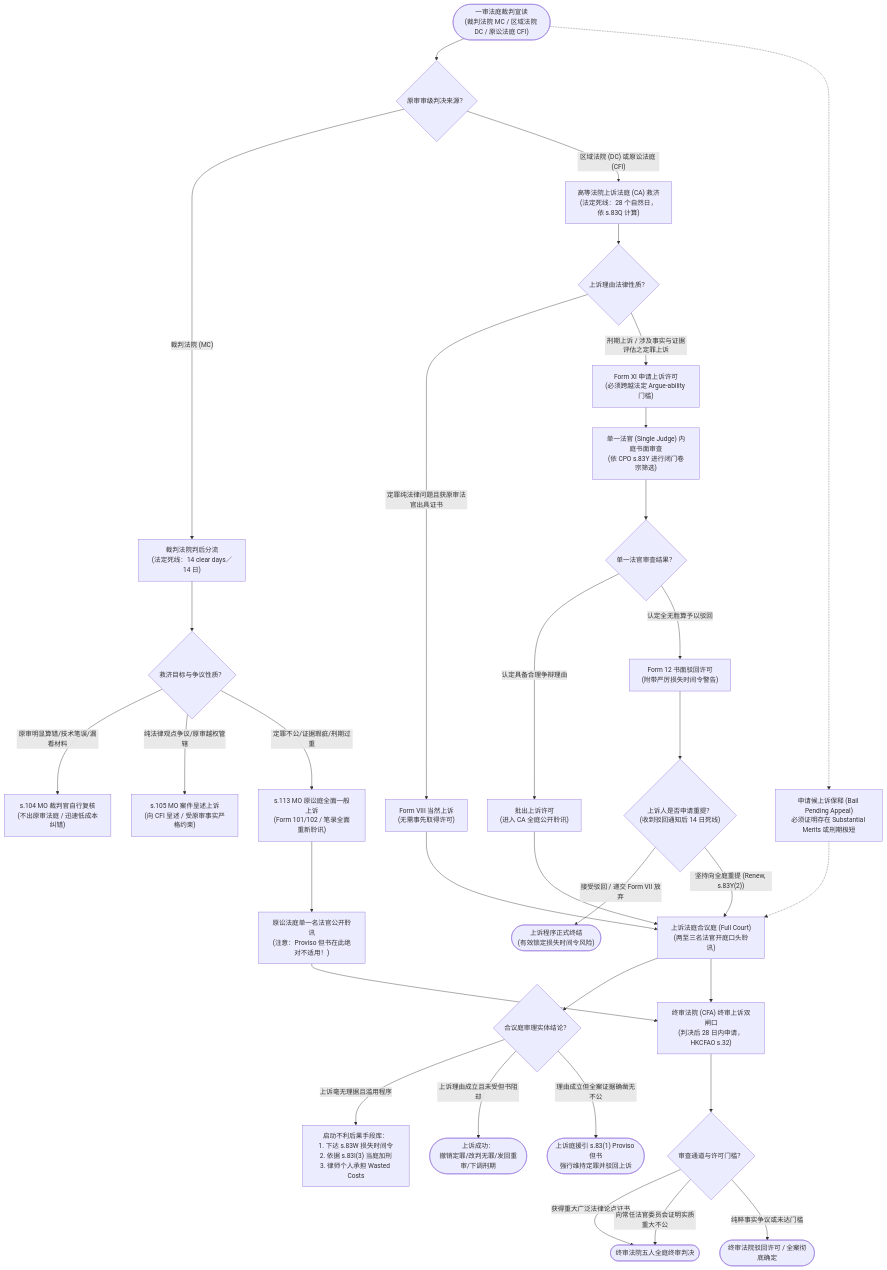
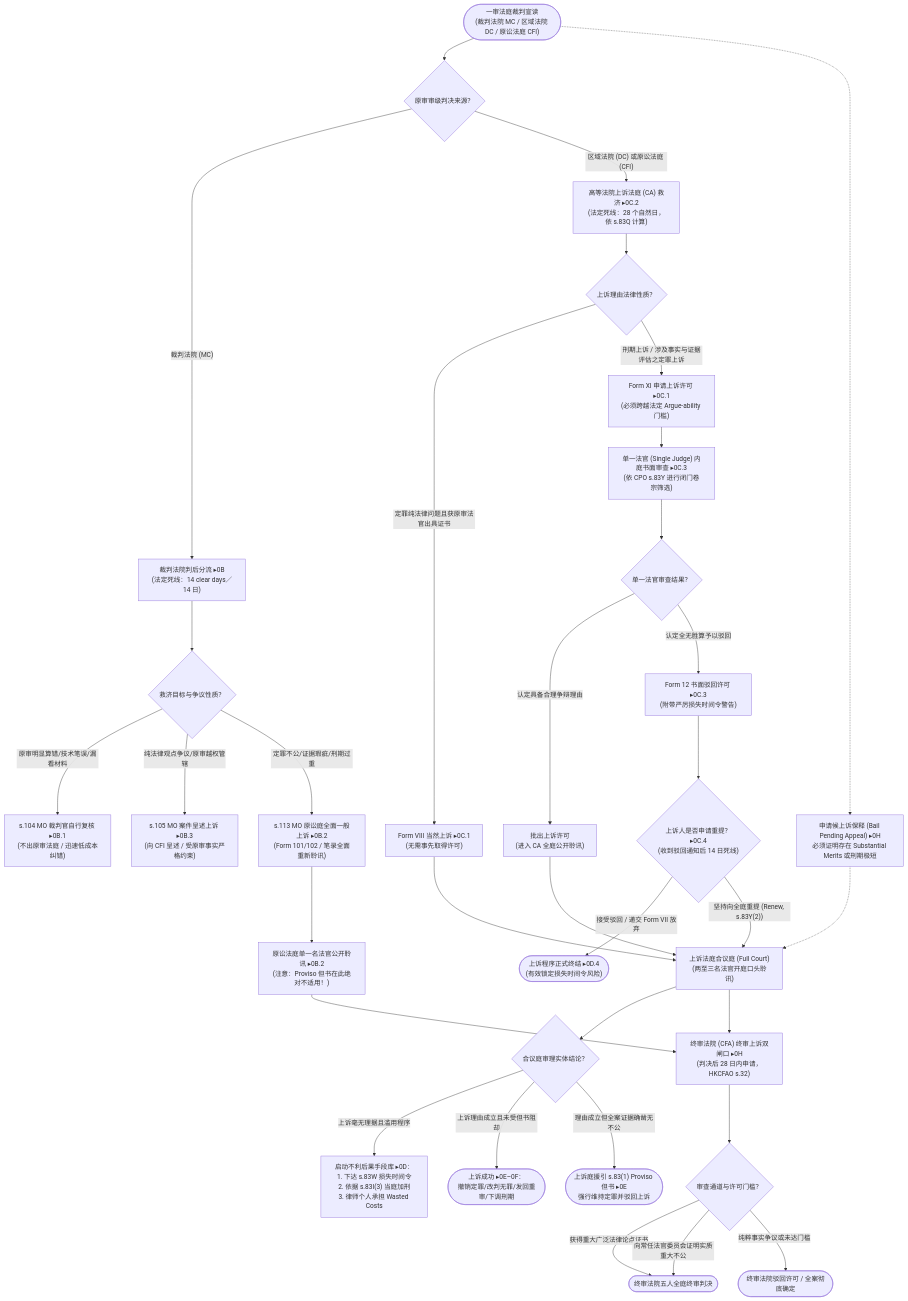
The first of 4 diagrams in src/content/docs/institutions/16-institution-criminal-appeals.md (mixxmax/pcll-criminal-cards), drawn with Mermaid before and after one commit. The commit also changed other lines of this file, not shown here.

Commit message:
Card 16 map: tag mermaid nodes with section numbers (0B–0H)
Each stage/node in the overview flowchart now shows which chapter covers
it, visible in both Obsidian and the rendered site.

Generated with [Devin](https://devin.ai)

````diff
--- a/src/content/docs/institutions/16-institution-criminal-appeals.md
+++ b/src/content/docs/institutions/16-institution-criminal-appeals.md
@@ -82,50 +82,50 @@
 ```mermaid
 flowchart TD
  %% 阶段一：一审裁判宣布与分流
  START(["一审法庭裁判宣读<br>(裁判法院 MC / 区域法院 DC / 原讼法庭 CFI)"]) --> FORK{"原审审级判决来源？"}
 
- %% 阶段二：裁判法院 14日救济分流
- FORK -- "裁判法院 (MC)" --> MC_ROUTE["裁判法院判后分流<br>(法定死线：14 clear days／14 日)"]
+ %% 阶段二：裁判法院 14日救济分流（0B 节）
+ FORK -- "裁判法院 (MC)" --> MC_ROUTE["裁判法院判后分流 ▸0B<br>(法定死线：14 clear days／14 日)"]
  MC_ROUTE --> MC_OPT{"救济目标与争议性质？"}
- MC_OPT -- "原审明显算错/技术笔误/漏看材料" --> MC_104["s.104 MO 裁判官自行复核<br>(不出原审法庭 / 迅速低成本纠错)"]
- MC_OPT -- "纯法律观点争议/原审越权管辖" --> MC_105["s.105 MO 案件呈述上诉<br>(向 CFI 呈述 / 受原审事实严格约束)"]
- MC_OPT -- "定罪不公/证据瑕疵/刑期过重" --> MC_113["s.113 MO 原讼庭全面一般上诉<br>(Form 101/102 / 笔录全面重新聆讯)"]
+ MC_OPT -- "原审明显算错/技术笔误/漏看材料" --> MC_104["s.104 MO 裁判官自行复核 ▸0B.1<br>(不出原审法庭 / 迅速低成本纠错)"]
+ MC_OPT -- "纯法律观点争议/原审越权管辖" --> MC_105["s.105 MO 案件呈述上诉 ▸0B.3<br>(向 CFI 呈述 / 受原审事实严格约束)"]
+ MC_OPT -- "定罪不公/证据瑕疵/刑期过重" --> MC_113["s.113 MO 原讼庭全面一般上诉 ▸0B.2<br>(Form 101/102 / 笔录全面重新聆讯)"]
 
- %% 阶段三：高等法院 28日上诉与许可门槛
- FORK -- "区域法院 (DC) 或原讼法庭 (CFI)" --> HC_ROUTE["高等法院上诉法庭 (CA) 救济<br>(法定死线：28 个自然日，依 s.83Q 计算)"]
+ %% 阶段三：高等法院 28日上诉与许可门槛（0C 节）
+ FORK -- "区域法院 (DC) 或原讼法庭 (CFI)" --> HC_ROUTE["高等法院上诉法庭 (CA) 救济 ▸0C.2<br>(法定死线：28 个自然日，依 s.83Q 计算)"]
  HC_ROUTE --> HC_LEAVE{"上诉理由法律性质？"}
- HC_LEAVE -- "定罪纯法律问题且获原审法官出具证书" --> FORM_VIII["Form VIII 当然上诉<br>(无需事先取得许可)"]
- HC_LEAVE -- "刑期上诉 / 涉及事实与证据评估之定罪上诉" --> FORM_XI["Form XI 申请上诉许可<br>(必须跨越法定 Argue-ability 门槛)"]
+ HC_LEAVE -- "定罪纯法律问题且获原审法官出具证书" --> FORM_VIII["Form VIII 当然上诉 ▸0C.1<br>(无需事先取得许可)"]
+ HC_LEAVE -- "刑期上诉 / 涉及事实与证据评估之定罪上诉" --> FORM_XI["Form XI 申请上诉许可 ▸0C.1<br>(必须跨越法定 Argue-ability 门槛)"]
 
- %% 阶段四：单一法官把关与重提
- FORM_XI --> SINGLE_JUDGE["单一法官 (Single Judge) 内庭书面审查<br>(依 CPO s.83Y 进行闭门卷宗筛选)"]
+ %% 阶段四：单一法官把关与重提（0C.3–0C.4）
+ FORM_XI --> SINGLE_JUDGE["单一法官 (Single Judge) 内庭书面审查 ▸0C.3<br>(依 CPO s.83Y 进行闭门卷宗筛选)"]
  SINGLE_JUDGE --> SJ_DECISION{"单一法官审查结果？"}
  SJ_DECISION -- "认定具备合理争辩理由" --> GRANT_LEAVE["批出上诉许可<br>(进入 CA 全庭公开聆讯)"]
- SJ_DECISION -- "认定全无胜算予以驳回" --> REFUSE_LEAVE["Form 12 书面驳回许可<br>(附带严厉损失时间令警告)"]
+ SJ_DECISION -- "认定全无胜算予以驳回" --> REFUSE_LEAVE["Form 12 书面驳回许可 ▸0C.3<br>(附带严厉损失时间令警告)"]
 
- REFUSE_LEAVE --> RENEW_DECISION{"上诉人是否申请重提？<br>(收到驳回通知后 14 日死线)"}
- RENEW_DECISION -- "接受驳回 / 递交 Form VII 放弃" --> END_DISMISS(["上诉程序正式终结<br>(有效锁定损失时间令风险)"])
+ REFUSE_LEAVE --> RENEW_DECISION{"上诉人是否申请重提？▸0C.4<br>(收到驳回通知后 14 日死线)"}
+ RENEW_DECISION -- "接受驳回 / 递交 Form VII 放弃" --> END_DISMISS(["上诉程序正式终结 ▸0D.4<br>(有效锁定损失时间令风险)"])
  RENEW_DECISION -- "坚持向全庭重提 (Renew, s.83Y(2))" --> FULL_COURT["上诉法庭合议庭 (Full Court)<br>(两至三名法官开庭口头聆讯)"]
 
- %% 阶段五：公开开庭与上诉风险审理
+ %% 阶段五：公开开庭与上诉风险审理（0D–0F 节）
  GRANT_LEAVE --> FULL_COURT
  FORM_VIII --> FULL_COURT
- MC_113 --> CFI_HEARING["原讼法庭单一名法官公开聆讯<br>(注意：Proviso 但书在此绝对不适用！)"]
+ MC_113 --> CFI_HEARING["原讼法庭单一名法官公开聆讯 ▸0B.2<br>(注意：Proviso 但书在此绝对不适用！)"]
 
  FULL_COURT --> MERIT_CHECK{"合议庭审理实体结论？"}
- MERIT_CHECK -- "上诉毫无理据且滥用程序" --> LOSS_TIME["启动不利后果手段库：<br>1. 下达 s.83W 损失时间令<br>2. 依据 s.83I(3) 当庭加刑<br>3. 律师个人承担 Wasted Costs"]
- MERIT_CHECK -- "上诉理由成立且未受但书阻却" --> WIN_APPEAL(["上诉成功：<br>撤销定罪/改判无罪/发回重审/下调刑期"])
- MERIT_CHECK -- "理由成立但全案证据确凿无不公" --> PROVISO_APPLY(["上诉庭援引 s.83(1) Proviso 但书<br>强行维持定罪并驳回上诉"])
+ MERIT_CHECK -- "上诉毫无理据且滥用程序" --> LOSS_TIME["启动不利后果手段库 ▸0D：<br>1. 下达 s.83W 损失时间令<br>2. 依据 s.83I(3) 当庭加刑<br>3. 律师个人承担 Wasted Costs"]
+ MERIT_CHECK -- "上诉理由成立且未受但书阻却" --> WIN_APPEAL(["上诉成功 ▸0E–0F：<br>撤销定罪/改判无罪/发回重审/下调刑期"])
+ MERIT_CHECK -- "理由成立但全案证据确凿无不公" --> PROVISO_APPLY(["上诉庭援引 s.83(1) Proviso 但书 ▸0E<br>强行维持定罪并驳回上诉"])
 
- %% 阶段六：终审法院终审通道
- FULL_COURT --> CFA_ROUTE["终审法院 (CFA) 终审上诉双闸口<br>(判决后 28 日内申请，HKCFAO s.32)"]
+ %% 阶段六：终审法院终审通道（0H 节）
+ FULL_COURT --> CFA_ROUTE["终审法院 (CFA) 终审上诉双闸口 ▸0H<br>(判决后 28 日内申请，HKCFAO s.32)"]
  CFI_HEARING --> CFA_ROUTE
  CFA_ROUTE --> CFA_GATE{"审查通道与许可门槛？"}
  CFA_GATE -- "获得重大广泛法律论点证书" --> CFA_FINAL(["终审法院五人全庭终审判决"])
  CFA_GATE -- "向常任法官委员会证明实质重大不公" --> CFA_FINAL
  CFA_GATE -- "纯粹事实争议或未达门槛" --> CFA_REFUSE(["终审法院驳回许可 / 全案彻底确定"])
 
- %% 贯穿始终的候审保释
- START -.-> BAIL_PENDING["申请候上诉保释 (Bail Pending Appeal)<br>必须证明存在 Substantial Merits 或刑期极短"]
+ %% 贯穿始终的候审保释（0H 节）
+ START -.-> BAIL_PENDING["申请候上诉保释 (Bail Pending Appeal) ▸0H<br>必须证明存在 Substantial Merits 或刑期极短"]
  BAIL_PENDING -.-> FULL_COURT
 ```
````
